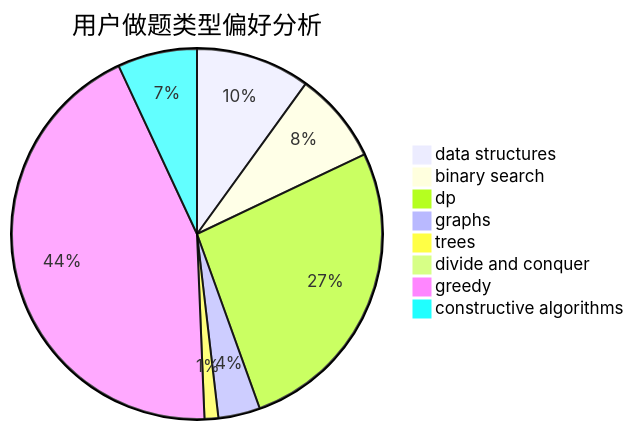
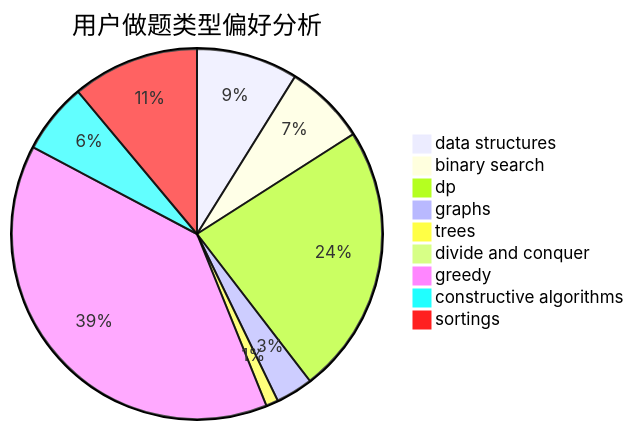
Before and after one commit to sherpahu/cfrs.github.io: the second of 3 diagrams in docs/user/u323.md, drawn with Mermaid. The commit also changed other lines of this file and 2769 other files, not shown here.

````diff
--- a/docs/user/u323.md
+++ b/docs/user/u323.md
@@ -23,11 +18,12 @@
 ```mermaid
 pie title 用户做题类型偏好分析
     "data structures" :  224
     "binary search" :  179
     "dp" :  597
     "graphs" :  82
     "trees" :  27
     "divide and conquer" :  0
     "greedy" :  982
     "constructive algorithms" :  156
+    "sortings" :  280
 ```
````
